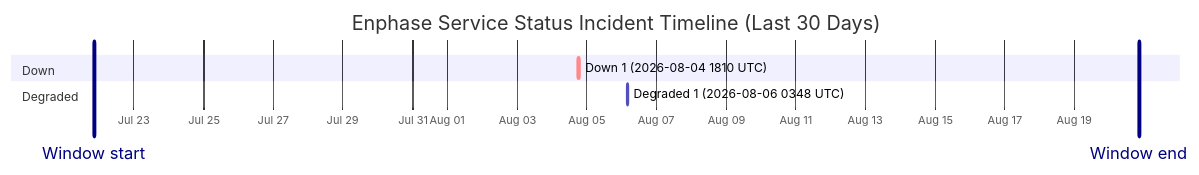
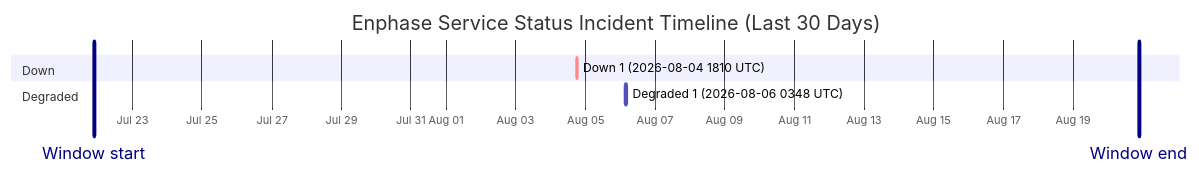
One commit to barneyonline/ha-enphase-energy changed the diagram in wiki/Service-Status-History.md. Above: the diagram before and after it, drawn with Mermaid. The commit also changed other lines of this file and 3 other files, not shown here.

````diff
--- a/wiki/Service-Status-History.md
+++ b/wiki/Service-Status-History.md
@@ -14,12 +14,12 @@
 ```mermaid
 gantt
     title Enphase Service Status Incident Timeline (Last 30 Days)
     dateFormat  YYYY-MM-DDTHH:mm:ss
     axisFormat  %b %d
-    Window start :vert, window-start, 2026-07-21T20:30:39, 0ms
-    Window end :vert, window-end, 2026-08-20T20:30:39, 0ms
+    Window start :vert, window-start, 2026-07-21T21:25:28, 0ms
+    Window end :vert, window-end, 2026-08-20T21:25:28, 0ms
     section Down
     Down 1 (2026-08-04 1810 UTC) :crit, down-1, 2026-08-04T18:10:46, 60m
     section Degraded
     Degraded 1 (2026-08-06 0348 UTC) :active, degraded-1, 2026-08-06T03:48:14, 60m
 ```
````
